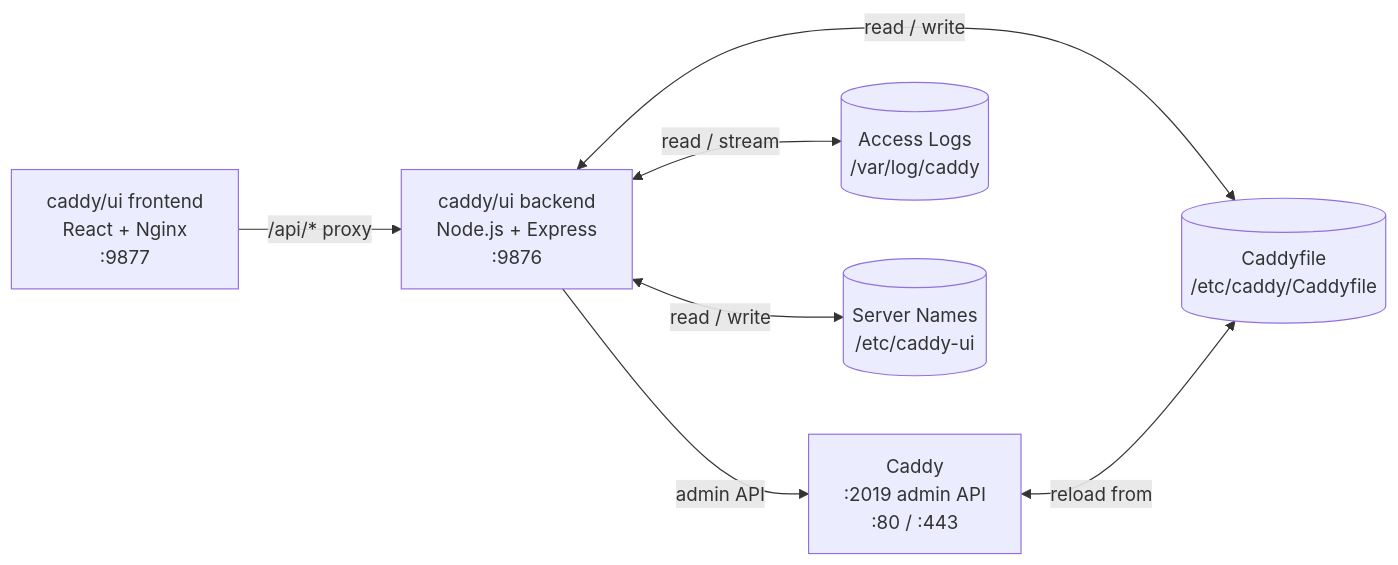
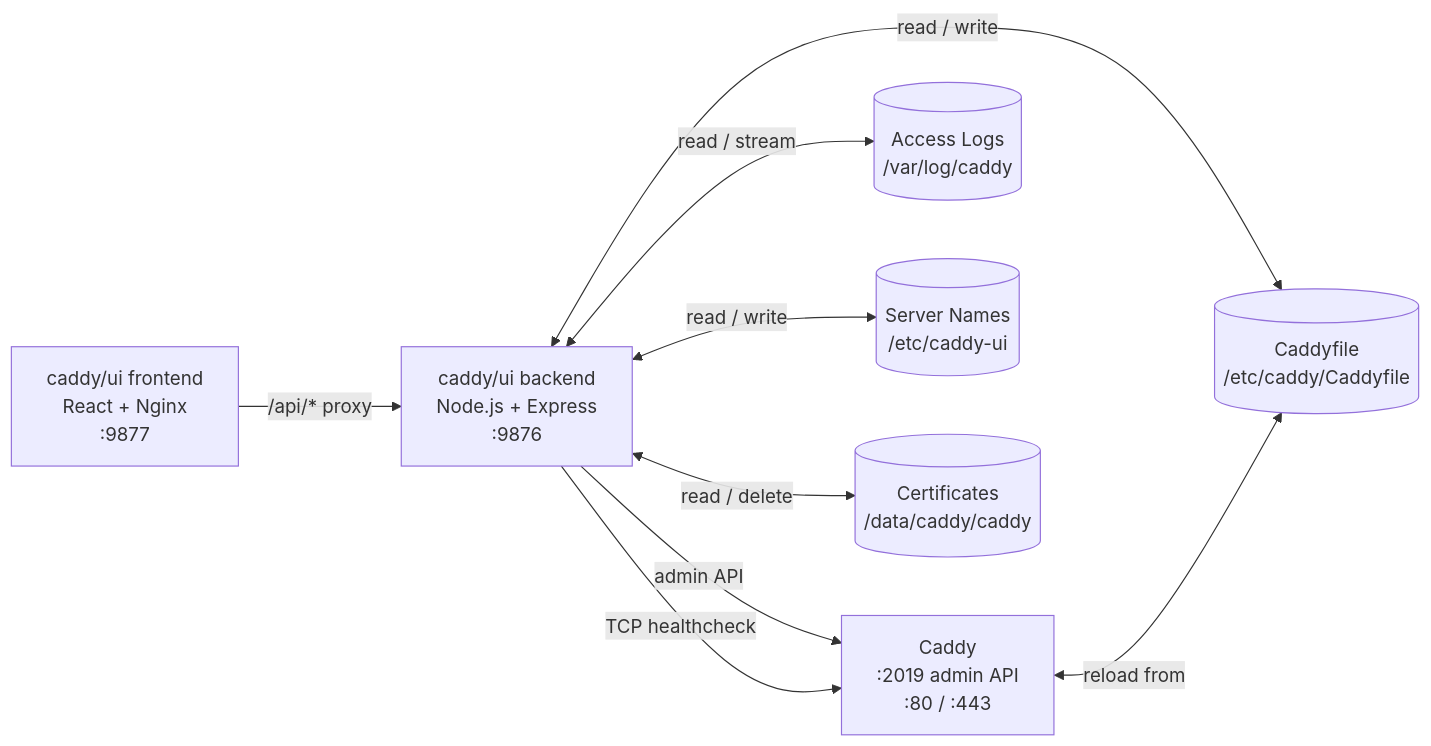
One commit to zackwag/caddy-ui changed the diagram in README.md. Above: the diagram before and after it, drawn with Mermaid. The commit also changed other lines of this file and 3 other files, not shown here.

````diff
--- a/README.md
+++ b/README.md
@@ -25,16 +26,19 @@
 ```mermaid
 graph LR
     FE["caddy/ui frontend\nReact + Nginx\n:9877"]
     BE["caddy/ui backend\nNode.js + Express\n:9876"]
     CA["Caddy\n:2019 admin API\n:80 / :443"]
     CF[("Caddyfile\n/etc/caddy/Caddyfile")]
     LG[("Access Logs\n/var/log/caddy")]
     SN[("Server Names\n/etc/caddy-ui")]
+    TLS[("Certificates\n/data/caddy/caddy")]
 
     FE -->|"/api/* proxy"| BE
     BE -->|"admin API"| CA
+    BE -->|"TCP healthcheck"| CA
     BE <-->|"read / write"| CF
     BE <-->|"read / stream"| LG
     BE <-->|"read / write"| SN
+    BE <-->|"read / delete"| TLS
     CA <-->|"reload from"| CF
 ```
````
